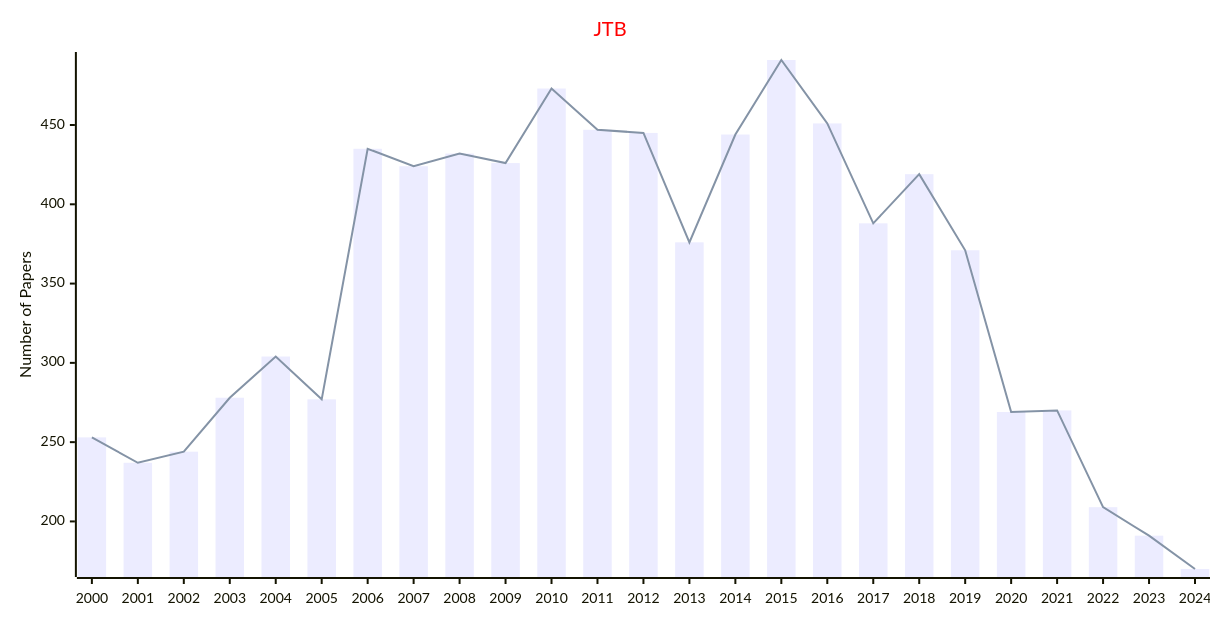
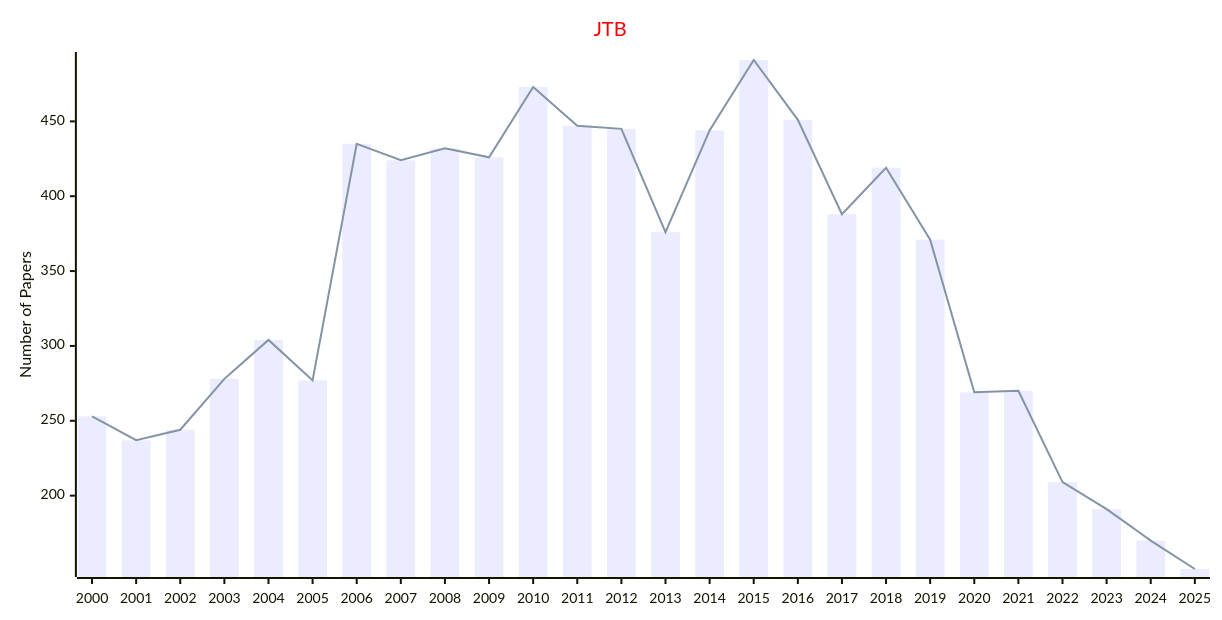
The second of 7 diagrams in docs/data/Journals/Statistics_Journals/Biology.md (Easy-PhD/AILinks), drawn with Mermaid before and after one commit. The commit also changed 107 other files, not shown here.

````diff
--- a/docs/data/Journals/Statistics_Journals/Biology.md
+++ b/docs/data/Journals/Statistics_Journals/Biology.md
@@ -33,17 +33,17 @@
 ```mermaid
 ---
 config:
     xyChart:
         width: 1200
         height: 600
     themeVariables:
         xyChart:
             titleColor: "#ff0000"
 ---
 xychart-beta
     title "JTB"
-    x-axis [2000, 2001, 2002, 2003, 2004, 2005, 2006, 2007, 2008, 2009, 2010, 2011, 2012, 2013, 2014, 2015, 2016, 2017, 2018, 2019, 2020, 2021, 2022, 2023, 2024]
+    x-axis [2000, 2001, 2002, 2003, 2004, 2005, 2006, 2007, 2008, 2009, 2010, 2011, 2012, 2013, 2014, 2015, 2016, 2017, 2018, 2019, 2020, 2021, 2022, 2023, 2024, 2025]
     y-axis "Number of Papers"
-    bar [253, 237, 244, 278, 304, 277, 435, 424, 432, 426, 473, 447, 445, 376, 444, 491, 451, 388, 419, 371, 269, 270, 209, 191, 170]
-    line [253, 237, 244, 278, 304, 277, 435, 424, 432, 426, 473, 447, 445, 376, 444, 491, 451, 388, 419, 371, 269, 270, 209, 191, 170]
+    bar [253, 237, 244, 278, 304, 277, 435, 424, 432, 426, 473, 447, 445, 376, 444, 491, 451, 388, 419, 371, 269, 270, 209, 191, 170, 151]
+    line [253, 237, 244, 278, 304, 277, 435, 424, 432, 426, 473, 447, 445, 376, 444, 491, 451, 388, 419, 371, 269, 270, 209, 191, 170, 151]
 ```
````
